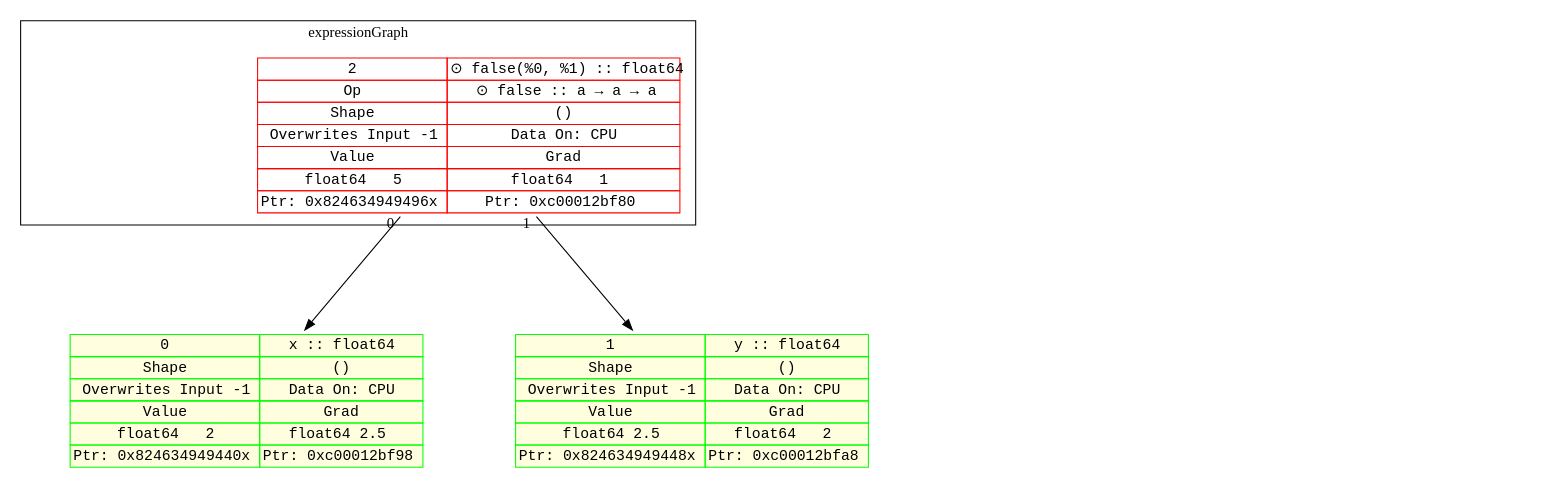
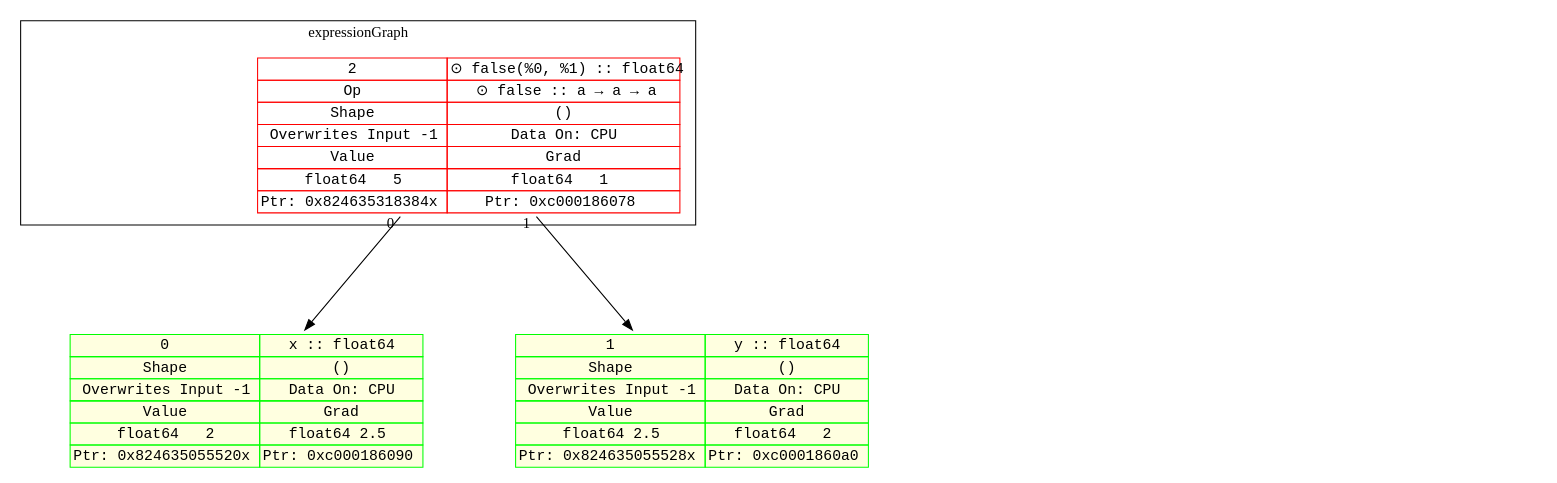
One commit to xavier268/go-demo-gorgonia changed the diagram in demo/basic_autodiff.dot. Above: the diagram before and after it, drawn with Graphviz. The commit also changed 4 other files, not shown here.

```diff
--- a/demo/basic_autodiff.dot
+++ b/demo/basic_autodiff.dot
@@ -1,77 +1,77 @@
 digraph fullGraph {
 	nodesep=1;
 	rankdir=TB;
 	ranksep="1.5 equally";
-	Node_0xc0000b7340:Node_0xc0000b7340:anchor->Node_0xc0000b7180:Node_0xc0000b7180:anchor[ labelfloat=false, taillabel=" 0 " ];
-	Node_0xc0000b7340:Node_0xc0000b7340:anchor->Node_0xc0000b7260:Node_0xc0000b7260:anchor[ labelfloat=false, taillabel=" 1 " ];
+	Node_0xc0000c5340:Node_0xc0000c5340:anchor->Node_0xc0000c5180:Node_0xc0000c5180:anchor[ labelfloat=false, taillabel=" 0 " ];
+	Node_0xc0000c5340:Node_0xc0000c5340:anchor->Node_0xc0000c5260:Node_0xc0000c5260:anchor[ labelfloat=false, taillabel=" 1 " ];
 	outsideRoot->insideInputs[ constraint=false, style=invis, weight=999 ];
 	outsideExprG->insideExprG[ constraint=false, style=invis, weight=999 ];
 	outsideRoot->outsideExprG[ constraint=false, style=invis, weight=999 ];
 	insideInputs->insideExprG[ constraint=false, style=invis, weight=999 ];
 	subgraph cluster_expressionGraph {
 	label=expressionGraph;
-	Node_0xc0000b7340 [ fontname=monospace, label=<
+	Node_0xc0000c5340 [ fontname=monospace, label=<
 <TABLE BORDER="0" CELLBORDER="1" CELLSPACING="0" PORT="anchor"  COLOR="#FF0000;" >
 
 <TR><TD>2</TD><TD>⊙ false(%0, %1) :: float64</TD></TR>
 <TR><TD>Op</TD><TD>⊙ false :: a → a → a</TD></TR>
 <TR><TD>Shape</TD><TD>()</TD></TR>
 <TR><TD>Overwrites Input -1</TD><TD>Data On: CPU</TD></TR>
 <TR><TD>Value</TD><TD>Grad</TD></TR>
 <TR><TD>float64   5</TD><TD>float64   1 </TD></TR>
-<TR><TD>Ptr: 0x824634949496x </TD><TD>Ptr: 0xc00012bf80 </TD></TR>
+<TR><TD>Ptr: 0x824635318384x </TD><TD>Ptr: 0xc000186078 </TD></TR>
 
 
 </TABLE>
 >, shape=none ];
 	insideExprG [ style=invis ];
 
 }
 ;
 	subgraph inputConsts {
 	rank=max;
 	subgraph cluster_inputs {
 	label=inputs;
-	Node_0xc0000b7180 [ fontname=monospace, label=<
+	Node_0xc0000c5180 [ fontname=monospace, label=<
 <TABLE BORDER="0" CELLBORDER="1" CELLSPACING="0" PORT="anchor"  COLOR="#00FF00;" BGCOLOR="lightyellow">
 
 <TR><TD>0</TD><TD>x :: float64</TD></TR>
 
 <TR><TD>Shape</TD><TD>()</TD></TR>
 <TR><TD>Overwrites Input -1</TD><TD>Data On: CPU</TD></TR>
 <TR><TD>Value</TD><TD>Grad</TD></TR>
 <TR><TD>float64   2</TD><TD>float64 2.5 </TD></TR>
-<TR><TD>Ptr: 0x824634949440x </TD><TD>Ptr: 0xc00012bf98 </TD></TR>
+<TR><TD>Ptr: 0x824635055520x </TD><TD>Ptr: 0xc000186090 </TD></TR>
 
 
 </TABLE>
 >, shape=none ];
-	Node_0xc0000b7260 [ fontname=monospace, label=<
+	Node_0xc0000c5260 [ fontname=monospace, label=<
 <TABLE BORDER="0" CELLBORDER="1" CELLSPACING="0" PORT="anchor"  COLOR="#00FF00;" BGCOLOR="lightyellow">
 
 <TR><TD>1</TD><TD>y :: float64</TD></TR>
 
 <TR><TD>Shape</TD><TD>()</TD></TR>
 <TR><TD>Overwrites Input -1</TD><TD>Data On: CPU</TD></TR>
 <TR><TD>Value</TD><TD>Grad</TD></TR>
 <TR><TD>float64 2.5</TD><TD>float64   2 </TD></TR>
-<TR><TD>Ptr: 0x824634949448x </TD><TD>Ptr: 0xc00012bfa8 </TD></TR>
+<TR><TD>Ptr: 0x824635055528x </TD><TD>Ptr: 0xc0001860a0 </TD></TR>
 
 
 </TABLE>
 >, shape=none ];
 	insideInputs [ style=invis ];
 
 }
 ;
 
 }
 ;
 	subgraph outsides {
 	outsideExprG [ style=invis ];
 	outsideRoot [ style=invis ];
 
 }
 ;
 
 }
```
